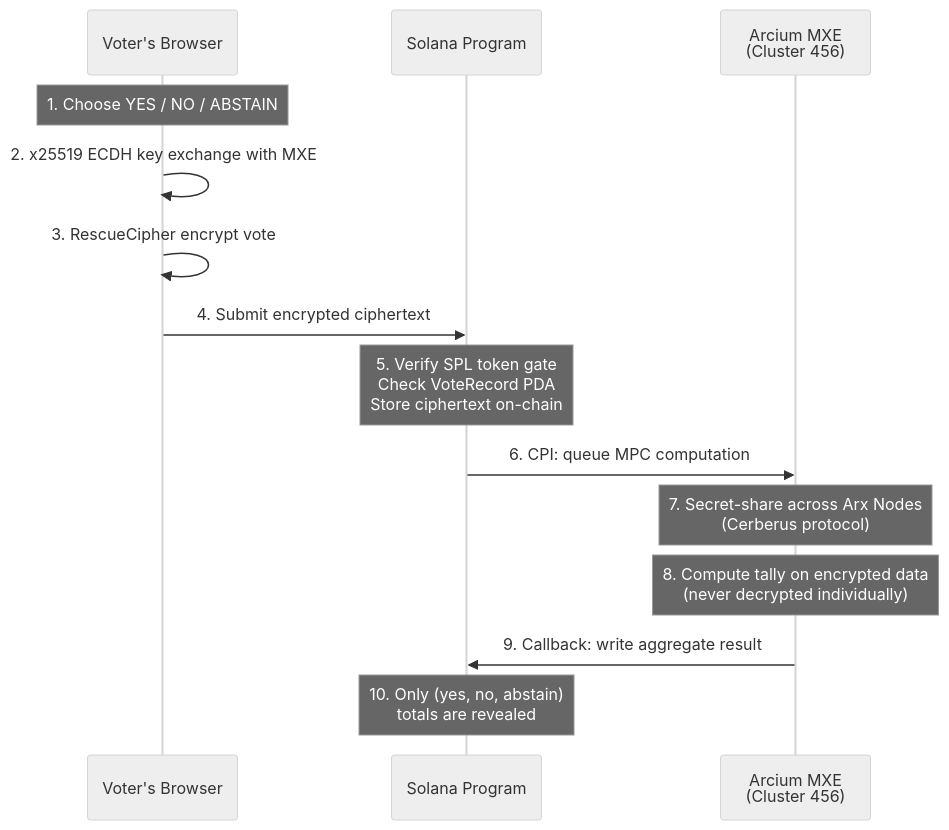
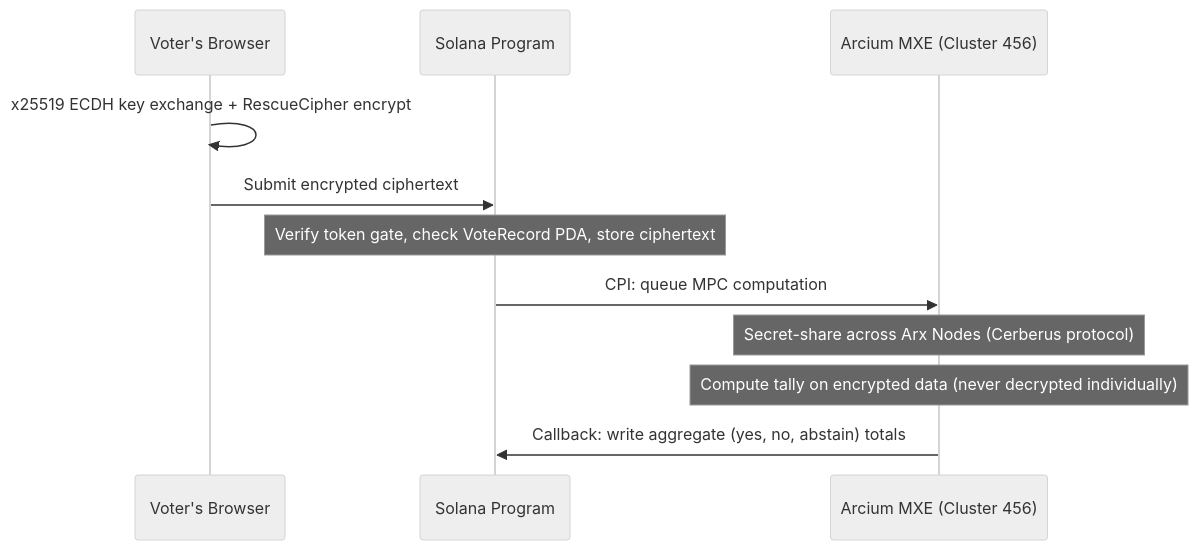
The diagram in README.md (Ridwannurudeen/private-dao-voting), drawn with Mermaid (neutral theme) before and after one commit. The commit also changed other lines of this file and 1 other file, not shown here.

````diff
--- a/README.md
+++ b/README.md
@@ -70,22 +41,14 @@
 ```mermaid
 sequenceDiagram
     participant V as Voter's Browser
     participant S as Solana Program
-    participant M as Arcium MXE<br/>(Cluster 456)
+    participant M as Arcium MXE (Cluster 456)
 
-    Note over V: 1. Choose YES / NO / ABSTAIN
-    V->>V: 2. x25519 ECDH key exchange with MXE
-    V->>V: 3. RescueCipher encrypt vote
-    V->>S: 4. Submit encrypted ciphertext
-
-    Note over S: 5. Verify SPL token gate<br/>Check VoteRecord PDA<br/>Store ciphertext on-chain
-
-    S->>M: 6. CPI: queue MPC computation
-
-    Note over M: 7. Secret-share across Arx Nodes<br/>(Cerberus protocol)
-    Note over M: 8. Compute tally on encrypted data<br/>(never decrypted individually)
-
-    M->>S: 9. Callback: write aggregate result
-
-    Note over S: 10. Only (yes, no, abstain)<br/>totals are revealed
+    V->>V: x25519 ECDH key exchange + RescueCipher encrypt
+    V->>S: Submit encrypted ciphertext
+    Note over S: Verify token gate, check VoteRecord PDA, store ciphertext
+    S->>M: CPI: queue MPC computation
+    Note over M: Secret-share across Arx Nodes (Cerberus protocol)
+    Note over M: Compute tally on encrypted data (never decrypted individually)
+    M->>S: Callback: write aggregate (yes, no, abstain) totals
 ```
````
